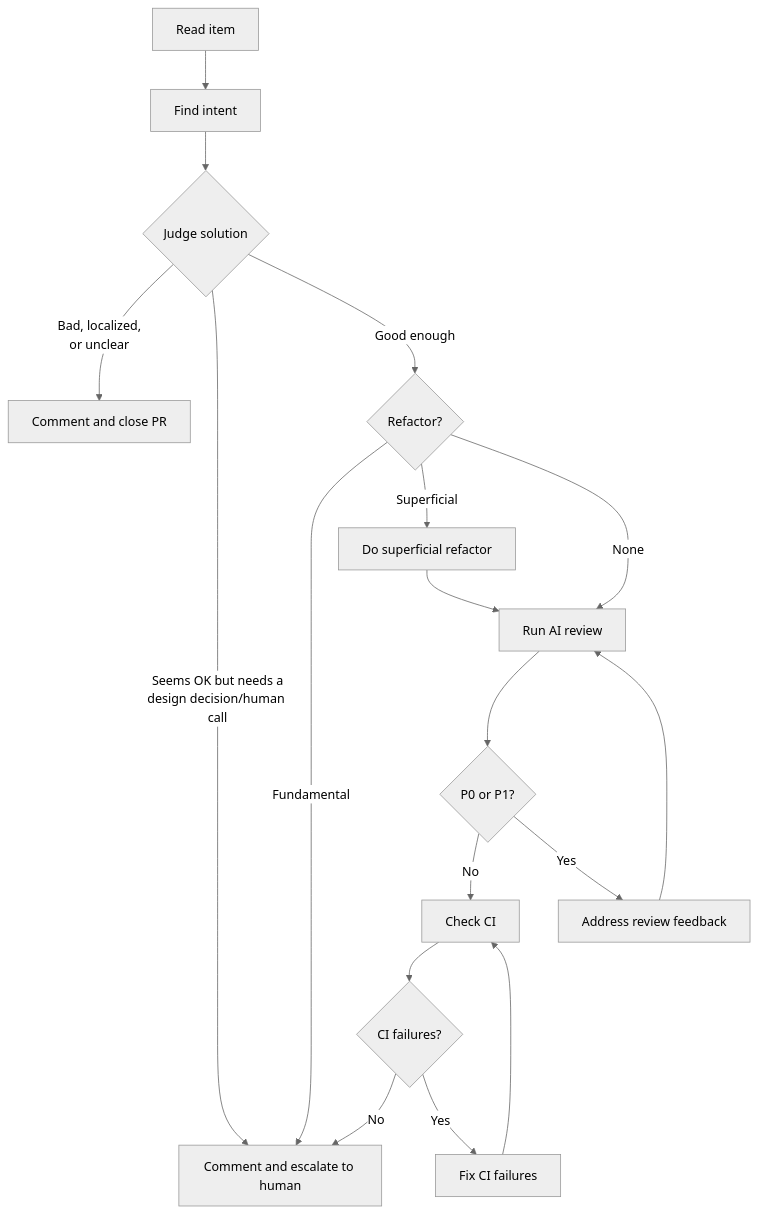
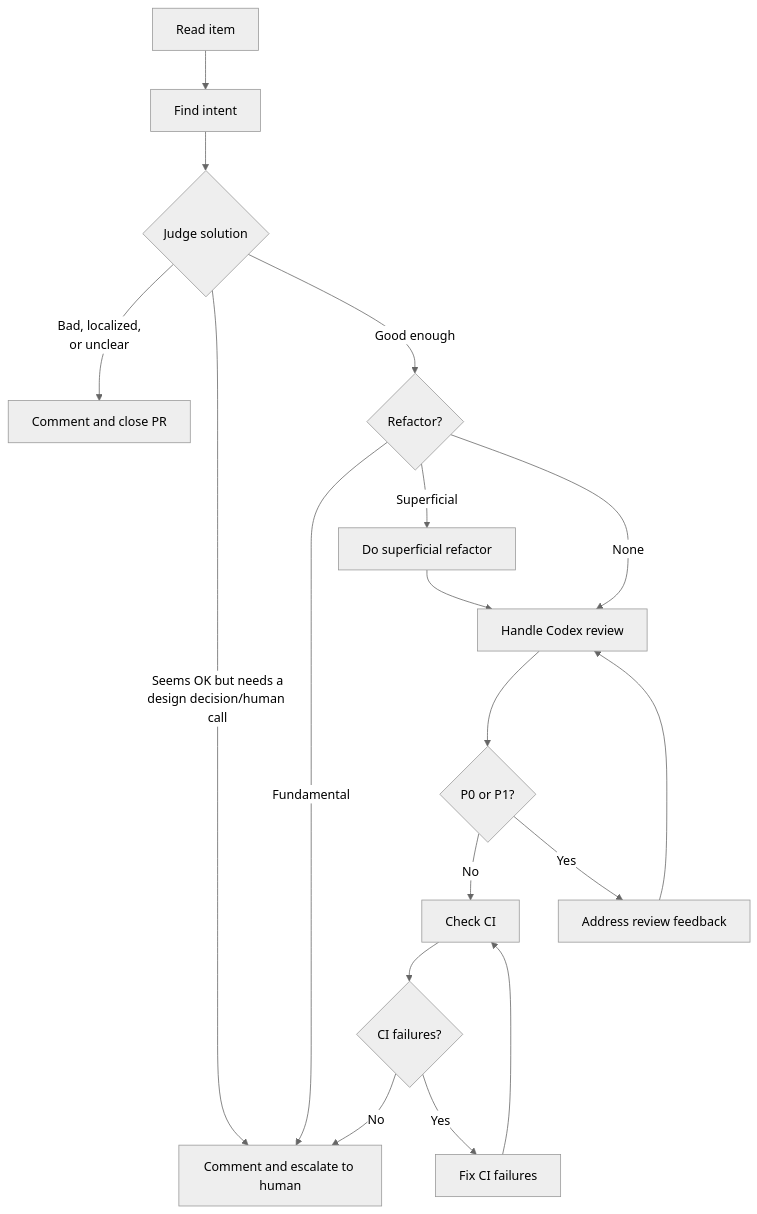
Before and after one commit to osolmaz/tools: the diagram in agents/prompts/pr-issue-triage.md, drawn with Mermaid (neutral theme). The commit also changed other lines of this file and 1 other file, not shown here.

Commit message:
Update triage Codex review flow

````diff
--- a/agents/prompts/pr-issue-triage.md
+++ b/agents/prompts/pr-issue-triage.md
@@ -5,23 +5,23 @@
 ```mermaid
 flowchart TD
     A[Read item] --> B[Find intent]
     B --> C{Judge solution}
 
     C -->|"Bad, localized,<br/>or unclear"| D[Comment and close PR]
     C -->|"Seems OK but needs a<br/>design decision/human call"| E[Comment and escalate to human]
     C -->|Good enough| F{Refactor?}
 
     F -->|Fundamental| E
     F -->|Superficial| R[Do superficial refactor]
-    F -->|None| G[Run AI review]
+    F -->|None| G[Handle Codex review]
     R --> G
 
     G --> H{P0 or P1?}
     H -->|No| J[Check CI]
     H -->|Yes| I[Address review feedback]
     I --> G
     J --> K{CI failures?}
     K -->|No| E
     K -->|Yes| L[Fix CI failures]
     L --> J
 ```
````
